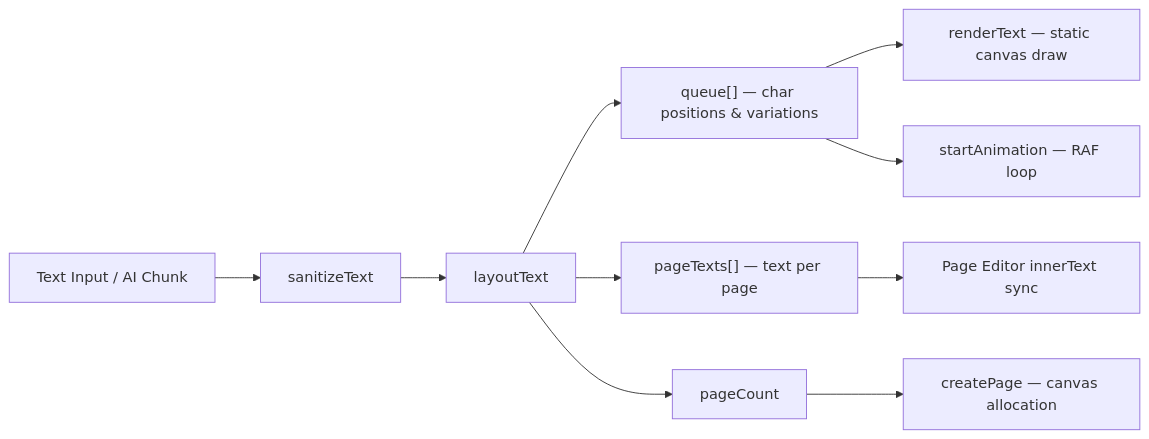
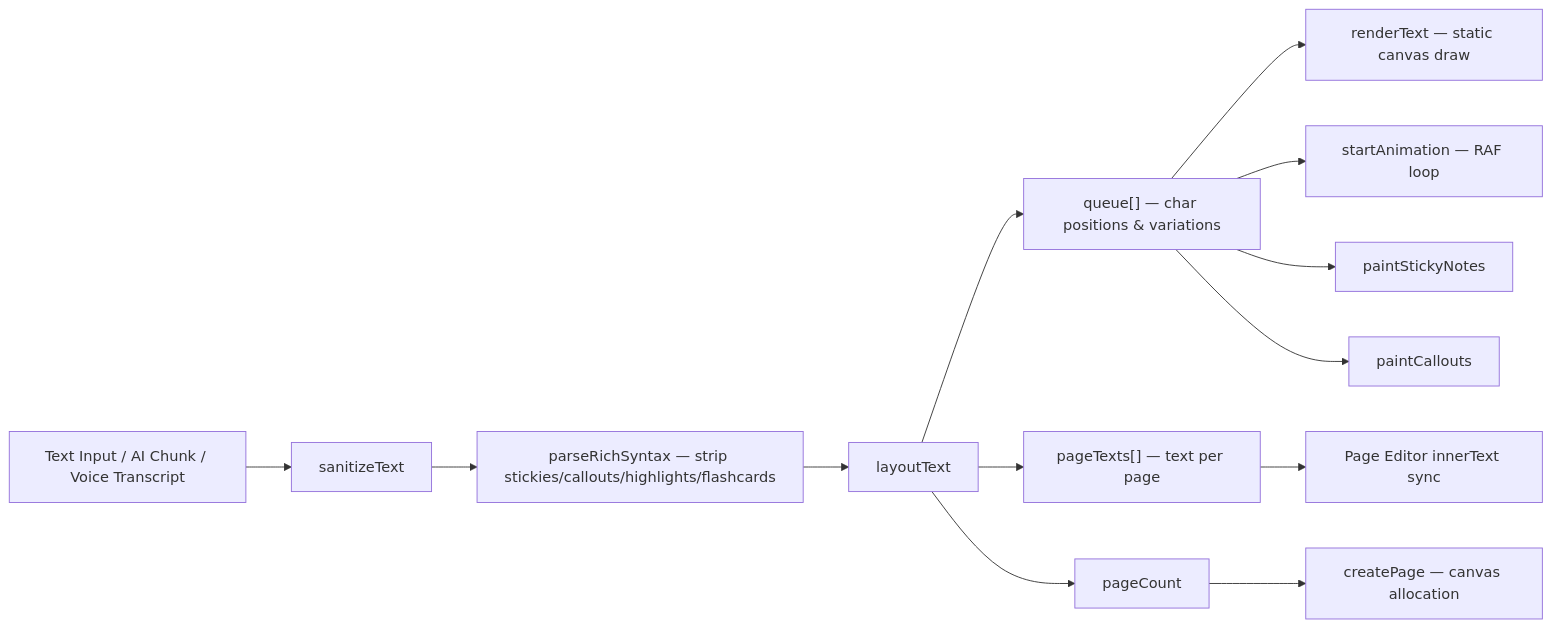
One commit to VIPHACKER100/Inkflow changed the second of 2 diagrams in docs/system-architecture.md. Above: the diagram before and after it, drawn with Mermaid. The commit also changed other lines of this file and 18 other files, not shown here.

Commit message:
docs: add comprehensive project documentation covering architecture, configuration, and integration guides

````diff
--- a/docs/system-architecture.md
+++ b/docs/system-architecture.md
@@ -96,13 +106,16 @@
 ```mermaid
 graph LR
-    INPUT[Text Input / AI Chunk] --> SANITIZE[sanitizeText]
-    SANITIZE --> LAYOUT[layoutText]
+    INPUT[Text Input / AI Chunk / Voice Transcript] --> SANITIZE[sanitizeText]
+    SANITIZE --> RICH[parseRichSyntax — strip stickies/callouts/highlights/flashcards]
+    RICH --> LAYOUT[layoutText]
     LAYOUT --> QUEUE["queue[] — char positions & variations"]
     LAYOUT --> PAGETEXTS["pageTexts[] — text per page"]
     LAYOUT --> PAGECOUNT[pageCount]
 
     QUEUE --> STATIC[renderText — static canvas draw]
     QUEUE --> ANIM[startAnimation — RAF loop]
+    QUEUE --> STICKY[paintStickyNotes]
+    QUEUE --> CALLOUT[paintCallouts]
     PAGETEXTS --> EDITORS[Page Editor innerText sync]
     PAGECOUNT --> PAGES[createPage — canvas allocation]
 ```
````
